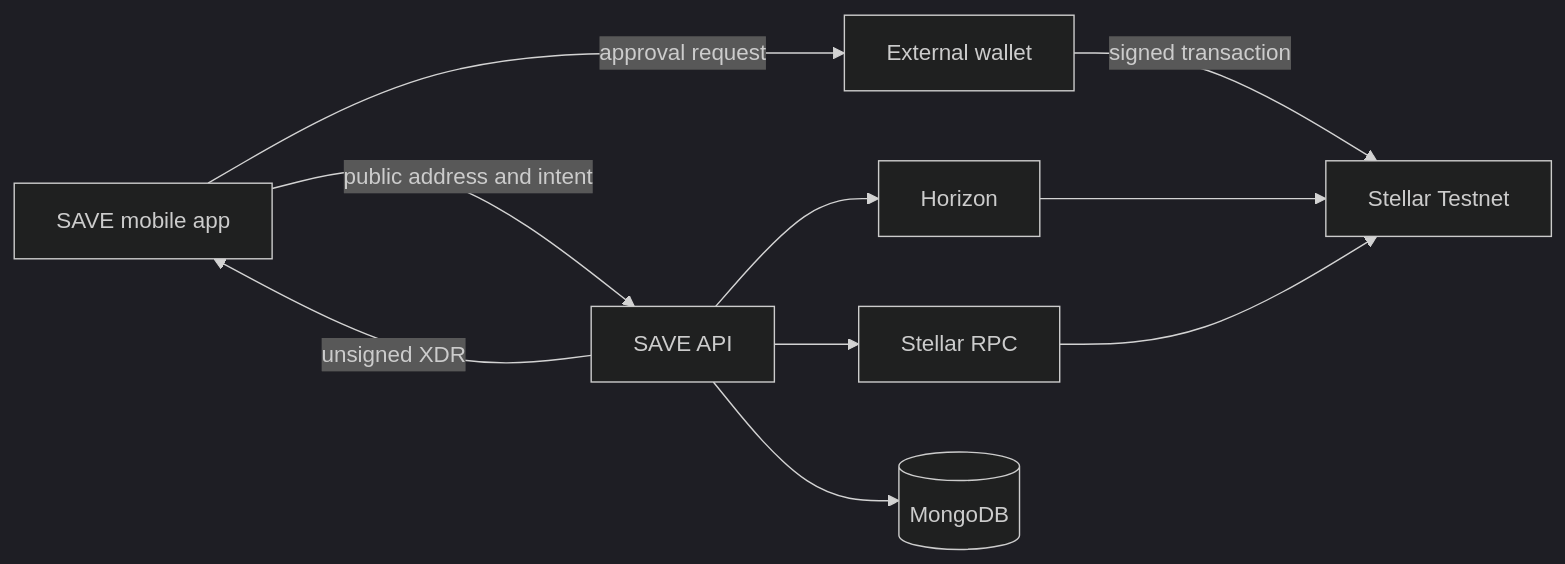
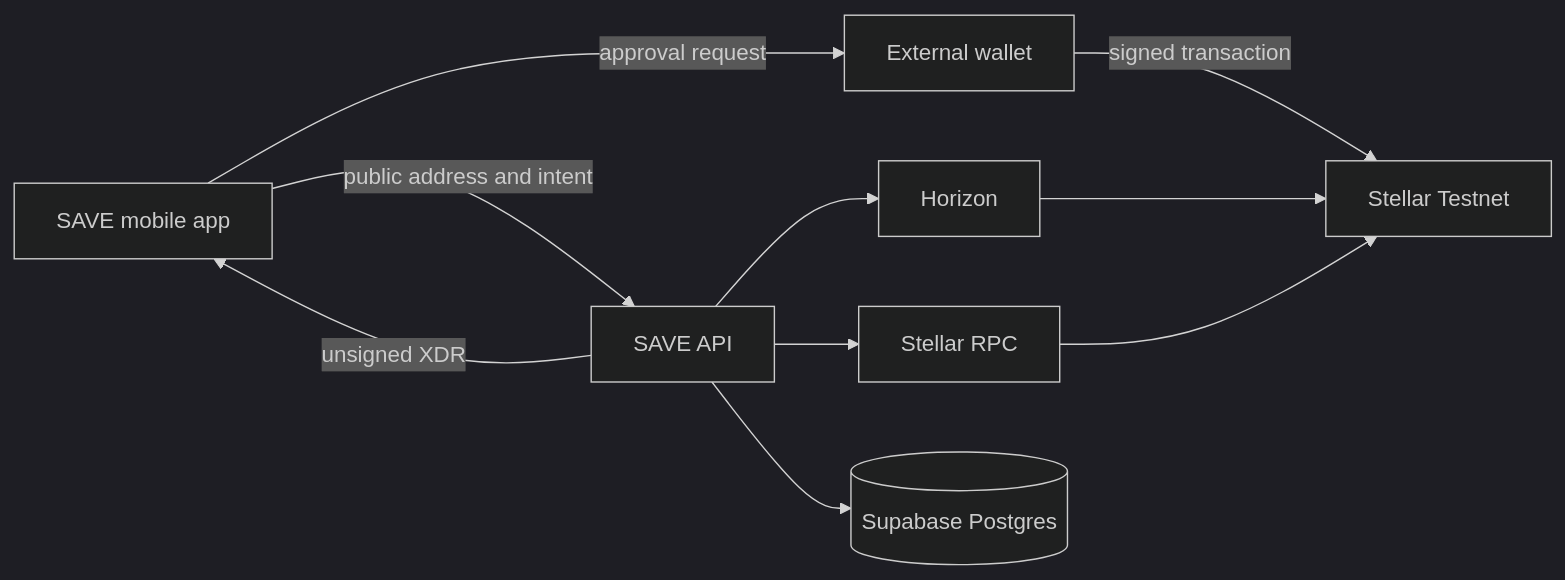
The diagram in README.md (FWDP/save-project), drawn with Mermaid (dark theme) before and after one commit. The commit also changed other lines of this file and 46 other files, not shown here.

Commit message:
Migrate backend persistence to Supabase Postgres

````diff
--- a/README.md
+++ b/README.md
@@ -93,12 +93,12 @@
 ```mermaid
 flowchart LR
   App[SAVE mobile app] -->|public address and intent| API[SAVE API]
   API -->|unsigned XDR| App
   App -->|approval request| Wallet[External wallet]
   Wallet -->|signed transaction| Stellar[Stellar Testnet]
   API --> Horizon[Horizon]
   API --> RPC[Stellar RPC]
   Horizon --> Stellar
   RPC --> Stellar
-  API --> Data[(MongoDB)]
+  API --> Data[(Supabase Postgres)]
 ```
````
